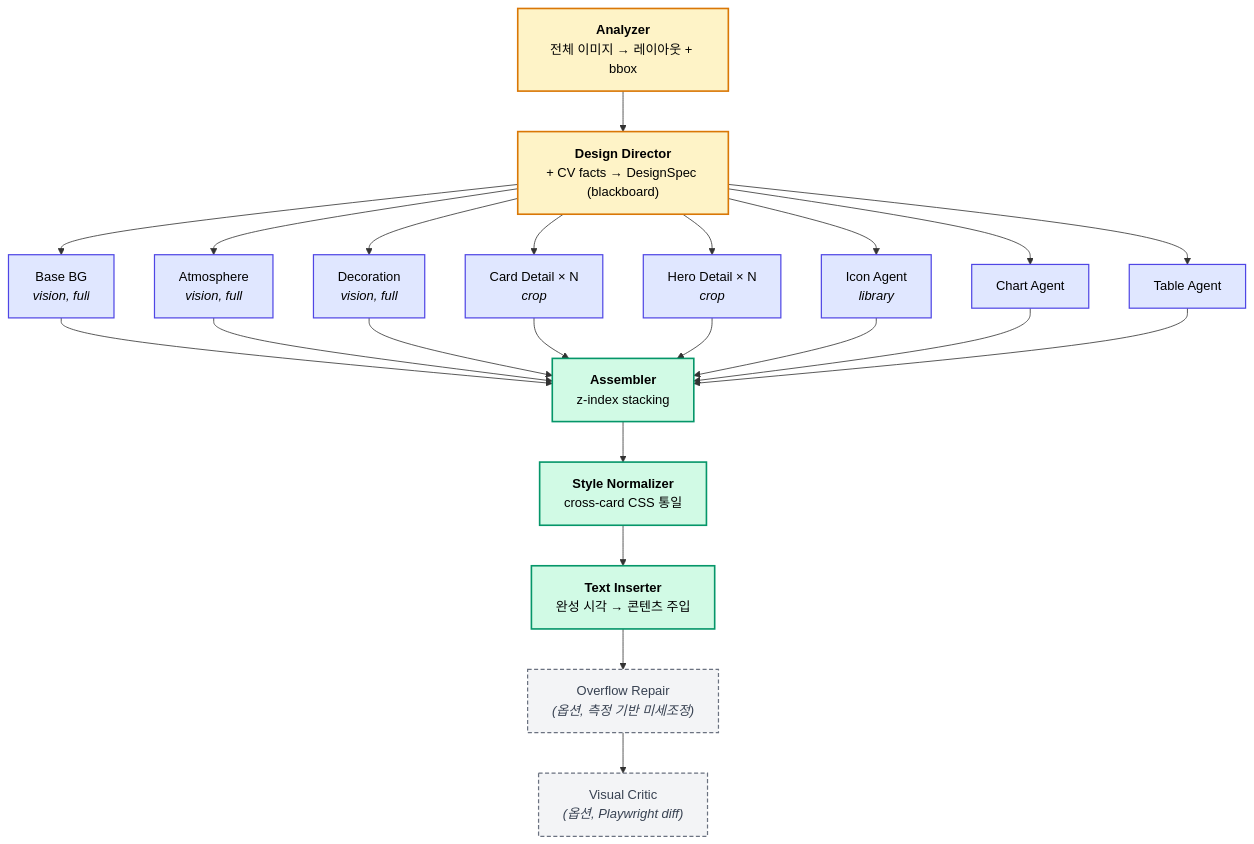
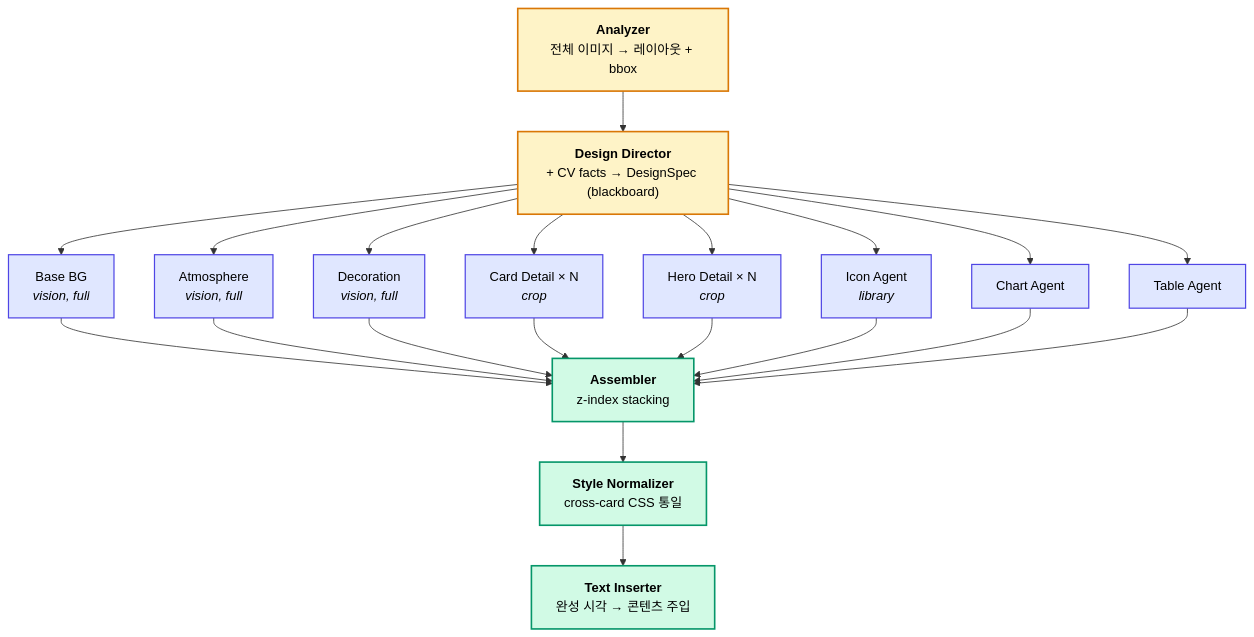
Before and after one commit to johnny9210/ppt_paper: the diagram in results/figures/layeragent_architecture.mmd, drawn with Mermaid. The commit also changed 2 other files, not shown here.

Commit message:
Drop optional stages from Figure 5 architecture diagram
Remove Overflow Repair and Visual Critic from the architecture diagram.
Both are marked "(선택)" in §4.8–§4.9 and are disabled in every
experiment reported in §6 (no run uses them). Keeping them in the
architecture invites readers to wonder whether reported metrics
benefit from them. The diagram now matches the measurement scope.

Caption updated to "측정 대상 파이프라인" and notes that the optional
stages are described separately in §4.8–§4.9.

```diff
--- a/results/figures/layeragent_architecture.mmd
+++ b/results/figures/layeragent_architecture.mmd
@@ -1,49 +1,43 @@
 flowchart TD
     A["<b>Analyzer</b><br/>전체 이미지 → 레이아웃 + bbox"]
     B["<b>Design Director</b><br/>+ CV facts → DesignSpec (blackboard)"]
     S1["Base BG<br/><i>vision, full</i>"]
     S2["Atmosphere<br/><i>vision, full</i>"]
     S3["Decoration<br/><i>vision, full</i>"]
     S4["Card Detail × N<br/><i>crop</i>"]
     S5["Hero Detail × N<br/><i>crop</i>"]
     S6["Icon Agent<br/><i>library</i>"]
     S7["Chart Agent"]
     S8["Table Agent"]
     C["<b>Assembler</b><br/>z-index stacking"]
     D["<b>Style Normalizer</b><br/>cross-card CSS 통일"]
     E["<b>Text Inserter</b><br/>완성 시각 → 콘텐츠 주입"]
-    F["Overflow Repair<br/><i>(옵션, 측정 기반 미세조정)</i>"]
-    G["Visual Critic<br/><i>(옵션, Playwright diff)</i>"]
 
     A --> B
     B --> S1
     B --> S2
     B --> S3
     B --> S4
     B --> S5
     B --> S6
     B --> S7
     B --> S8
     S1 --> C
     S2 --> C
     S3 --> C
     S4 --> C
     S5 --> C
     S6 --> C
     S7 --> C
     S8 --> C
     C --> D
     D --> E
-    E --> F
-    F --> G
 
     classDef stage0 fill:#FEF3C7,stroke:#D97706,stroke-width:2px,color:#000
     classDef stage1 fill:#DBEAFE,stroke:#2563EB,stroke-width:2px,color:#000
     classDef specialist fill:#E0E7FF,stroke:#4F46E5,stroke-width:1.5px,color:#000
     classDef stage2 fill:#D1FAE5,stroke:#059669,stroke-width:2px,color:#000
-    classDef optional fill:#F3F4F6,stroke:#6B7280,stroke-width:1.5px,stroke-dasharray:5 3,color:#374151
 
     class A,B stage0
     class C,D,E stage2
     class S1,S2,S3,S4,S5,S6,S7,S8 specialist
-    class F,G optional
```
